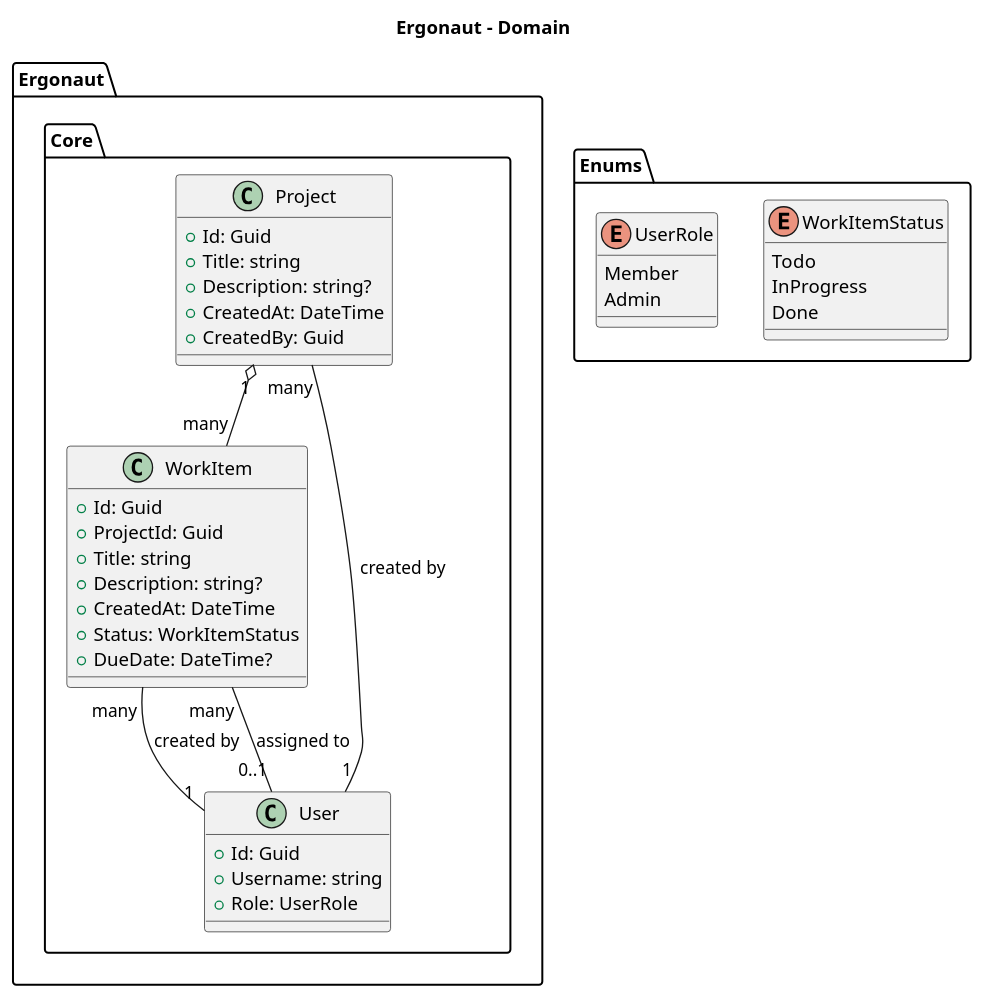
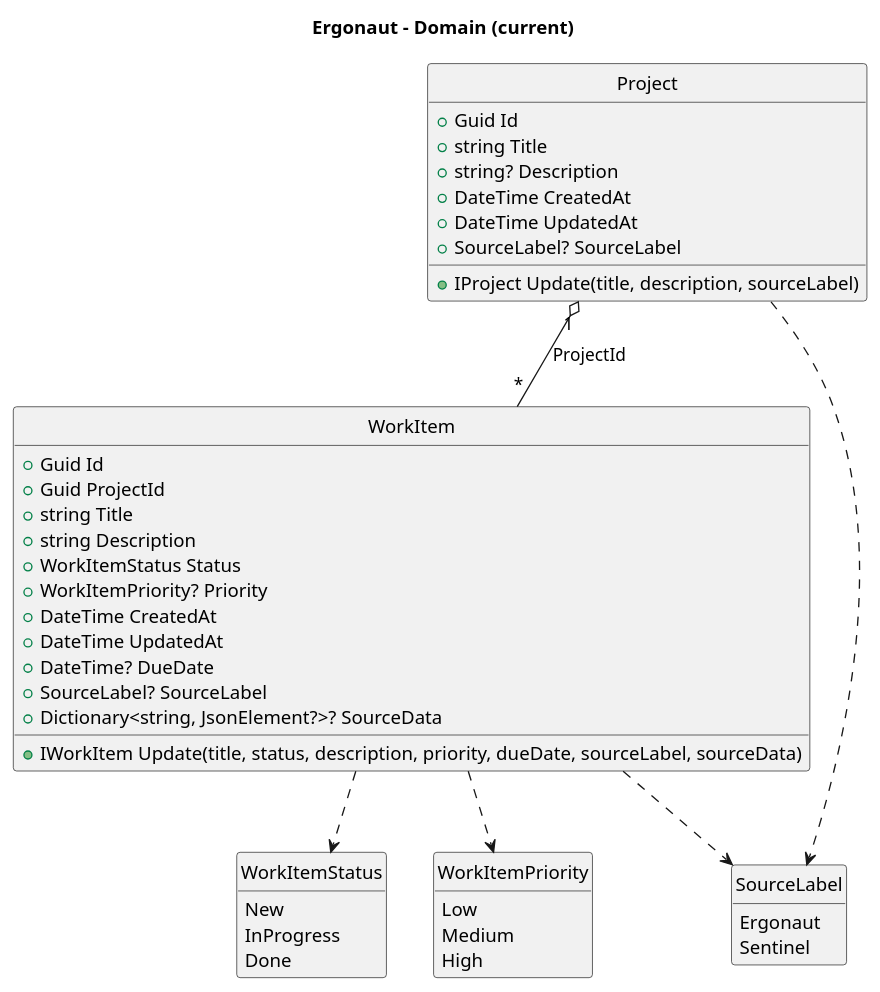
Before and after one commit to LukasLeindals/ergonaut: the diagram in docs/uml/domain.puml, drawn with PlantUML. The commit also changed 50 other files, not shown here.

```diff
--- a/docs/uml/domain.puml
+++ b/docs/uml/domain.puml
@@ -1,54 +1,55 @@
 @startuml domain
-title Ergonaut - Domain
+title Ergonaut - Domain (current)
 
-package "Ergonaut.Core" {
+hide circle
+hide empty methods
 
-  class Project {
-    +Id: Guid
-    +Title: string
-    +Description: string?
-    +CreatedAt: DateTime
-    +CreatedBy: Guid
-  }
-  Project "1" o-- "many" WorkItem
-  Project "many" -- "1" User : created by
-
-  class WorkItem {
-    +Id: Guid
-    +ProjectId: Guid
-    +Title: string
-    +Description: string?
-    +CreatedAt: DateTime
-    +Status: WorkItemStatus
-    +DueDate: DateTime?
-  }
-  WorkItem "many" -- "1" User : created by
-  WorkItem "many" -- "0..1" User : assigned to
-
-
-
-  class User {
-    +Id: Guid
-    +Username: string
-    +Role: UserRole
-  }
+class Project {
+  +Guid Id
+  +string Title
+  +string? Description
+  +DateTime CreatedAt
+  +DateTime UpdatedAt
+  +SourceLabel? SourceLabel
+  +IProject Update(title, description, sourceLabel)
 }
 
-package "Enums" {
+class WorkItem {
+  +Guid Id
+  +Guid ProjectId
+  +string Title
+  +string Description
+  +WorkItemStatus Status
+  +WorkItemPriority? Priority
+  +DateTime CreatedAt
+  +DateTime UpdatedAt
+  +DateTime? DueDate
+  +SourceLabel? SourceLabel
+  +Dictionary<string, JsonElement?>? SourceData
+  +IWorkItem Update(title, status, description, priority, dueDate, sourceLabel, sourceData)
+}
+
 enum WorkItemStatus {
-  Todo
+  New
   InProgress
   Done
 }
 
-enum UserRole {
-  Member
-  Admin
-}
+enum WorkItemPriority {
+  Low
+  Medium
+  High
 }
 
+enum SourceLabel {
+  Ergonaut
+  Sentinel
+}
 
-
-
+Project "1" o-- "*" WorkItem : ProjectId
+WorkItem ..> WorkItemStatus
+WorkItem ..> WorkItemPriority
+Project ..> SourceLabel
+WorkItem ..> SourceLabel
 
 @enduml
```
